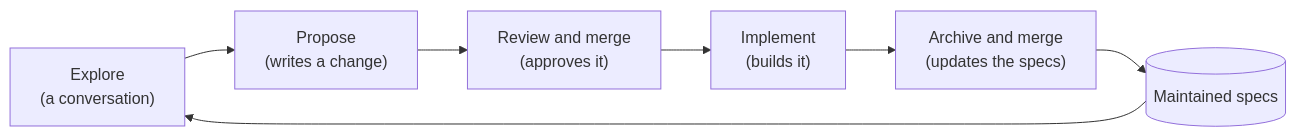
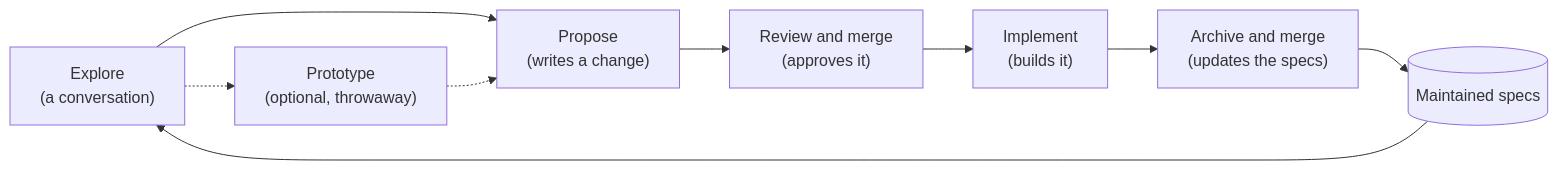
Before and after one commit to mascah/grove: the diagram in docs/concepts.md, drawn with Mermaid. The commit also changed other lines of this file and 24 other files, not shown here.

````diff
--- a/docs/concepts.md
+++ b/docs/concepts.md
@@ -52,9 +52,10 @@
 ```mermaid
 flowchart LR
     explore["Explore<br/>(a conversation)"] --> propose["Propose<br/>(writes a change)"]
+    explore -.-> prototype["Prototype<br/>(optional, throwaway)"] -.-> propose
     propose --> merge1["Review and merge<br/>(approves it)"]
     merge1 --> implement["Implement<br/>(builds it)"]
     implement --> archive["Archive and merge<br/>(updates the specs)"]
     archive --> specs[("Maintained specs")]
     specs --> explore
 ```
````
